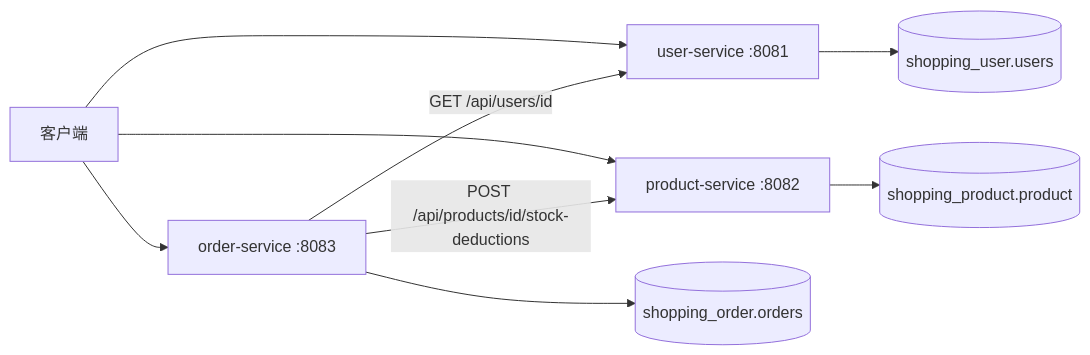
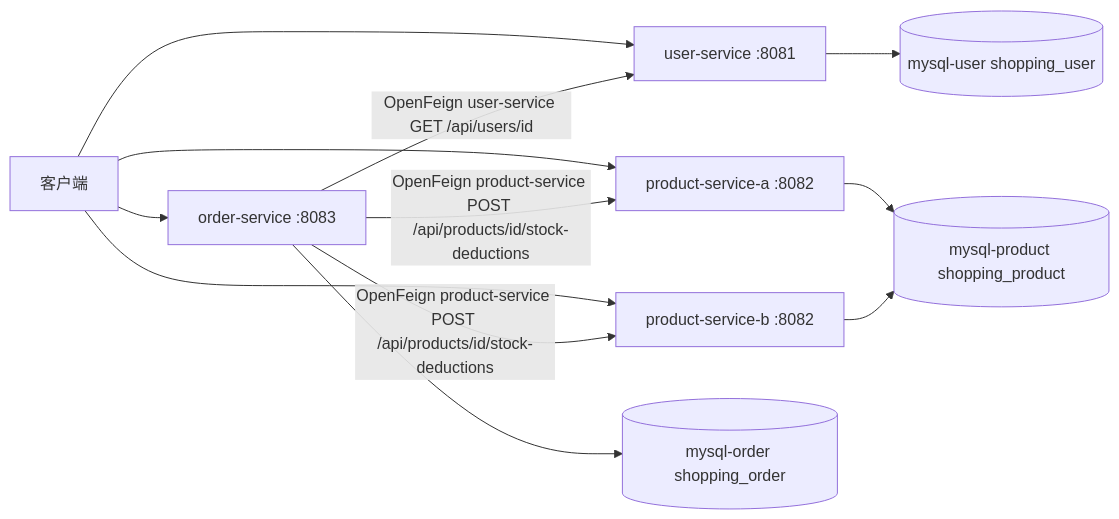
Before and after one commit to user10086799/microservices-practice-2412190214: the diagram in docs/microservices-design.md, drawn with Mermaid. The commit also changed other lines of this file and 28 other files, not shown here.

First line of the commit message:
Add the week 8 OpenFeign calls and separate databases.

````diff
--- a/docs/microservices-design.md
+++ b/docs/microservices-design.md
@@ -37,19 +41,23 @@
 ```mermaid
 flowchart LR
   client[客户端]
   userSvc[user-service :8081]
-  productSvc[product-service :8082]
+  productA[product-service-a :8082]
+  productB[product-service-b :8082]
   orderSvc[order-service :8083]
-  userDb[(shopping_user.users)]
-  productDb[(shopping_product.product)]
-  orderDb[(shopping_order.orders)]
+  userDb[(mysql-user shopping_user)]
+  productDb[(mysql-product shopping_product)]
+  orderDb[(mysql-order shopping_order)]
 
   client --> userSvc
-  client --> productSvc
+  client --> productA
+  client --> productB
   client --> orderSvc
-  orderSvc -->|GET /api/users/id| userSvc
-  orderSvc -->|POST /api/products/id/stock-deductions| productSvc
+  orderSvc -->|OpenFeign user-service GET /api/users/id| userSvc
+  orderSvc -->|OpenFeign product-service POST /api/products/id/stock-deductions| productA
+  orderSvc -->|OpenFeign product-service POST /api/products/id/stock-deductions| productB
   userSvc --> userDb
-  productSvc --> productDb
+  productA --> productDb
+  productB --> productDb
   orderSvc --> orderDb
 ```
````
